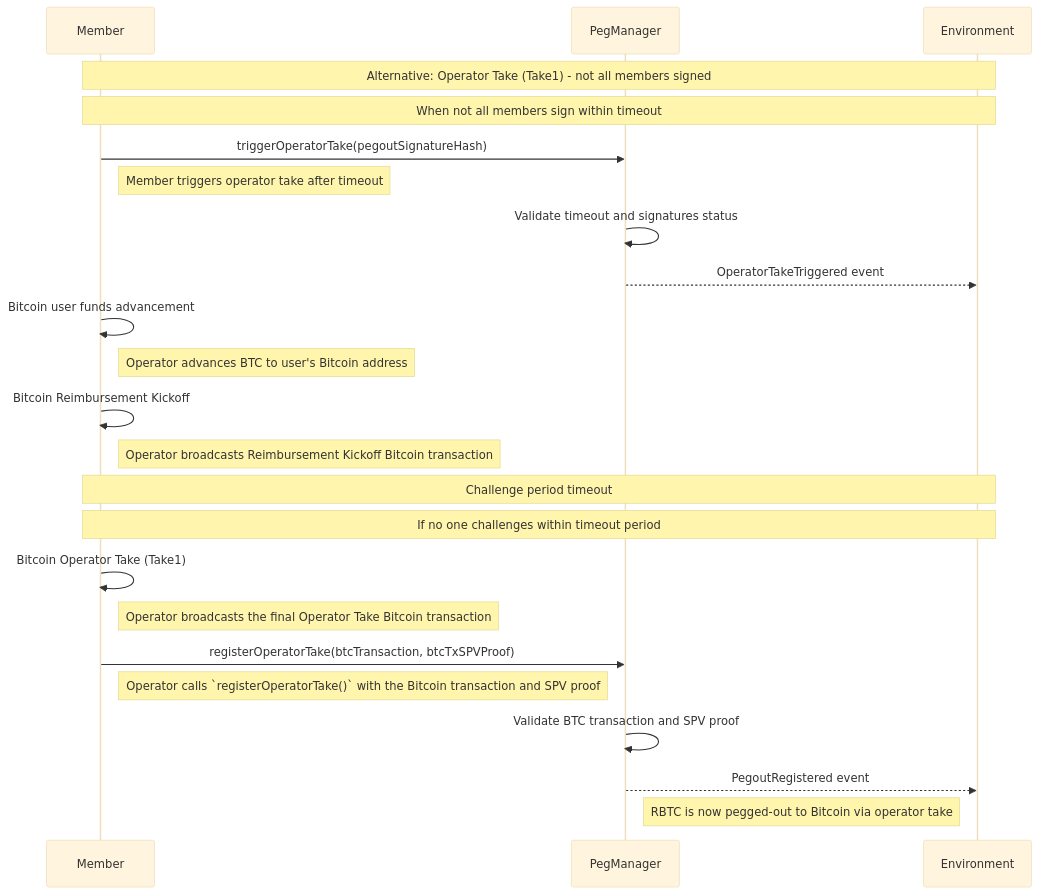
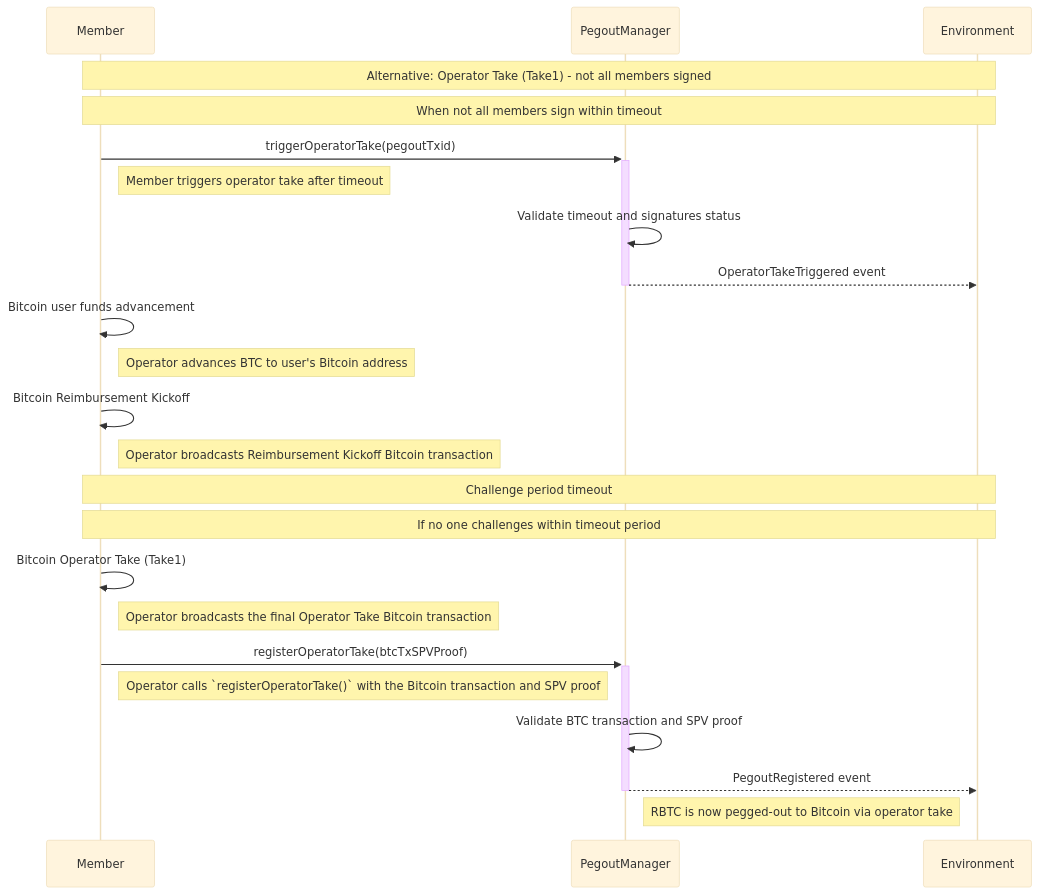
Diagram 11 of 12 in docs/src/README.md (rsksmart/union-bridge-contracts), drawn with Mermaid (base theme) before and after one commit. The commit also changed other lines of this file and 95 other files, not shown here.

````diff
--- a/docs/src/README.md
+++ b/docs/src/README.md
@@ -364,32 +646,32 @@
 ```mermaid
 sequenceDiagram
     participant M as Member
-    participant PM as PegManager
+    participant POM as PegoutManager
     participant ENV as Environment
 
     Note over M,ENV: Alternative: Operator Take (Take1) - not all members signed
     Note over M,ENV: When not all members sign within timeout
 
-    M->>PM: triggerOperatorTake(pegoutSignatureHash)
+    M->>+POM: triggerOperatorTake(pegoutTxid)
     Note right of M: Member triggers operator take after timeout
-    PM->>PM: Validate timeout and signatures status
-    PM-->>ENV: OperatorTakeTriggered event
+    POM->>POM: Validate timeout and signatures status
+    POM-->>-ENV: OperatorTakeTriggered event
 
     M->>M: Bitcoin user funds advancement
     Note right of M: Operator advances BTC to user's Bitcoin address
 
     M->>M: Bitcoin Reimbursement Kickoff
     Note right of M: Operator broadcasts Reimbursement Kickoff Bitcoin transaction
 
     Note over M,ENV: Challenge period timeout
     Note over M,ENV: If no one challenges within timeout period
 
     M->>M: Bitcoin Operator Take (Take1)
     Note right of M: Operator broadcasts the final Operator Take Bitcoin transaction
 
-    M->>PM: registerOperatorTake(btcTransaction, btcTxSPVProof)
+    M->>+POM: registerOperatorTake(btcTxSPVProof)
     Note right of M: Operator calls `registerOperatorTake()` with the Bitcoin transaction and SPV proof
-    PM->>PM: Validate BTC transaction and SPV proof
-    PM-->>ENV: PegoutRegistered event
-    Note right of PM: RBTC is now pegged-out to Bitcoin via operator take
+    POM->>POM: Validate BTC transaction and SPV proof
+    POM-->>-ENV: PegoutRegistered event
+    Note right of POM: RBTC is now pegged-out to Bitcoin via operator take
 ```
````
